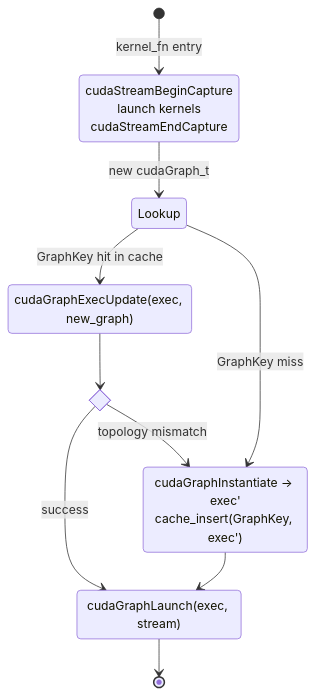
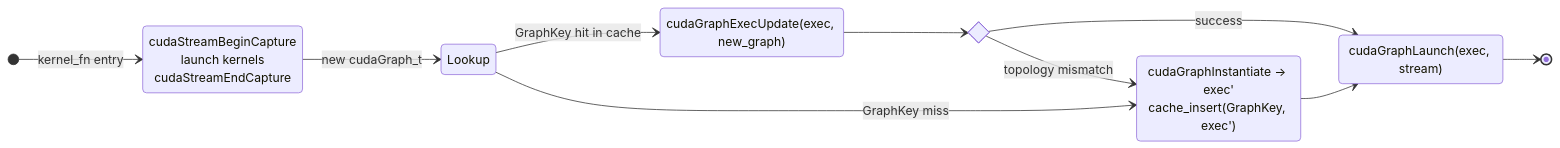
Before and after one commit to ykirpichev/dsa_sparse_attention_h16_ckv512_kpe64_topk2048_ps64: the fourth of 4 diagrams in REPORT_TEMPLATE.md, drawn with Mermaid. The commit also changed other lines of this file and 2 other files, not shown here.

First line of the commit message:
docs(report): drop Page-N prefixes, condense narrative, horizontal diagrams, retitle

````diff
--- a/REPORT_TEMPLATE.md
+++ b/REPORT_TEMPLATE.md
@@ -287,18 +258,19 @@
 ```mermaid
 stateDiagram-v2
+    direction LR
     [*] --> Capture: kernel_fn entry
     Capture: cudaStreamBeginCapture<br/>launch kernels<br/>cudaStreamEndCapture
     Capture --> Lookup: new cudaGraph_t
     state Lookup <<choice>>
     Lookup --> UpdateExisting: GraphKey hit in cache
     Lookup --> Instantiate: GraphKey miss
     UpdateExisting: cudaGraphExecUpdate(exec, new_graph)
     state UpdateOK <<choice>>
     UpdateExisting --> UpdateOK
     UpdateOK --> Launch: success
     UpdateOK --> Instantiate: topology mismatch
     Instantiate: cudaGraphInstantiate -> exec'<br/>cache_insert(GraphKey, exec')
     Instantiate --> Launch
     Launch: cudaGraphLaunch(exec, stream)
     Launch --> [*]
 ```
````
